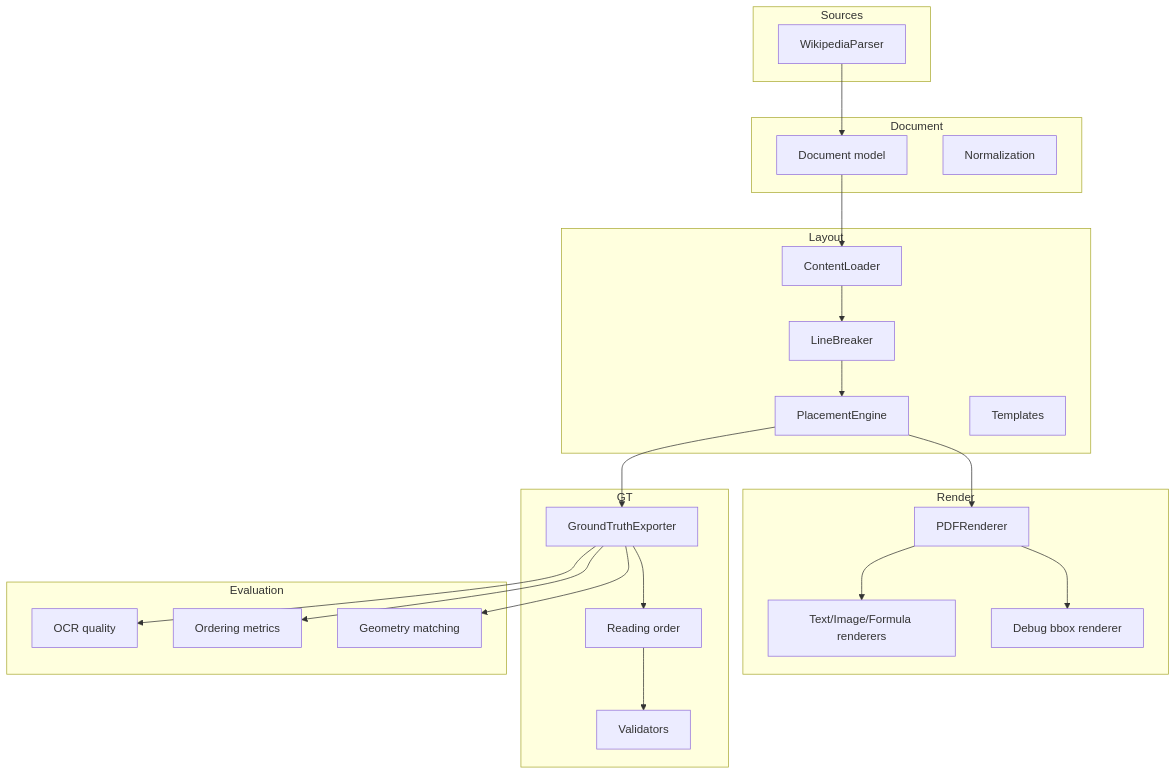
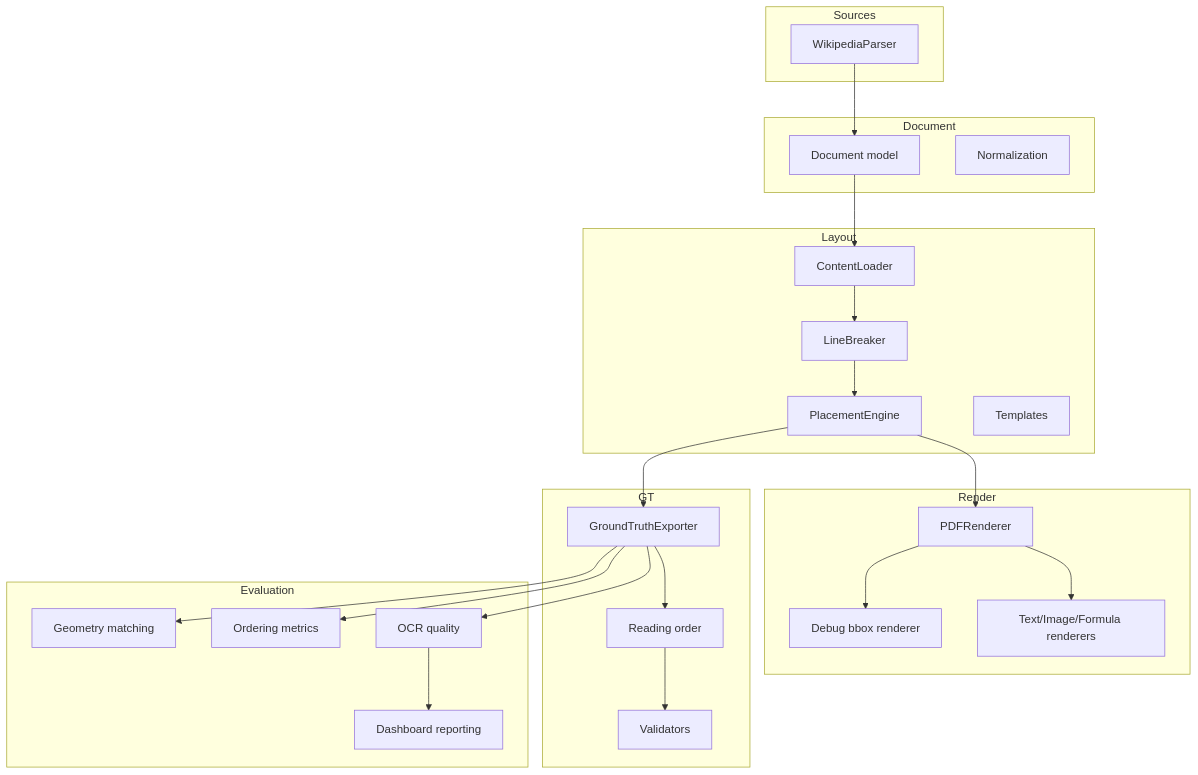
The second of 2 diagrams in tutorials/architecture.md (vorobev-danila/PolyDocBench), drawn with Mermaid before and after one commit. The commit also changed other lines of this file and 21 other files, not shown here.

````diff
--- a/tutorials/architecture.md
+++ b/tutorials/architecture.md
@@ -23,47 +24,49 @@
 ```mermaid
 flowchart TB
     subgraph Sources
         S1[WikipediaParser]
     end
 
     subgraph Document
         M1[Document model]
         M2[Normalization]
     end
 
     subgraph Layout
         L1[ContentLoader]
         L2[LineBreaker]
         L3[PlacementEngine]
         L4[Templates]
     end
 
     subgraph Render
         R1[PDFRenderer]
         R2[Text/Image/Formula renderers]
         R3[Debug bbox renderer]
     end
 
     subgraph GT
         G1[GroundTruthExporter]
         G2[Reading order]
         G3[Validators]
     end
 
     subgraph Evaluation
         E1[OCR quality]
         E2[Ordering metrics]
         E3[Geometry matching]
+        E4[Dashboard reporting]
     end
 
     S1 --> M1
     M1 --> L1
     L1 --> L2 --> L3 --> R1
     L3 --> G1
     R1 --> R2
     R1 --> R3
     G1 --> G2 --> G3
     G1 --> E1
     G1 --> E2
     G1 --> E3
+    E1 --> E4
 ```
````
